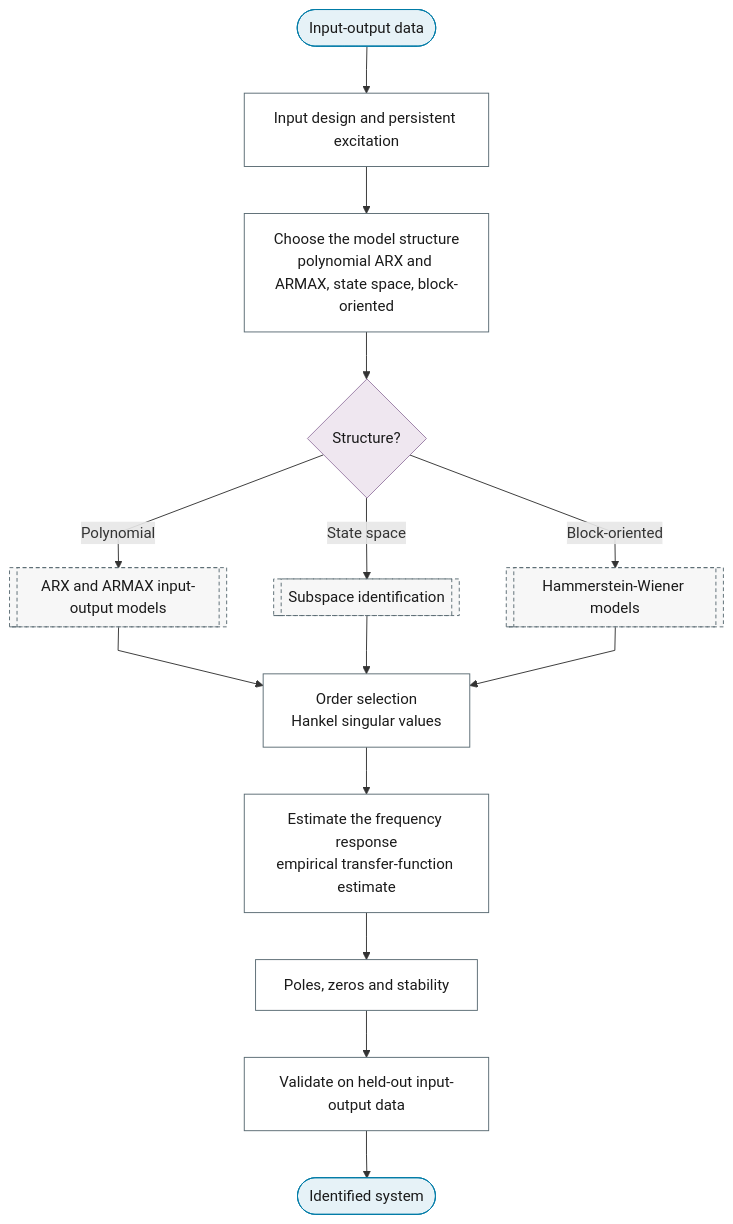
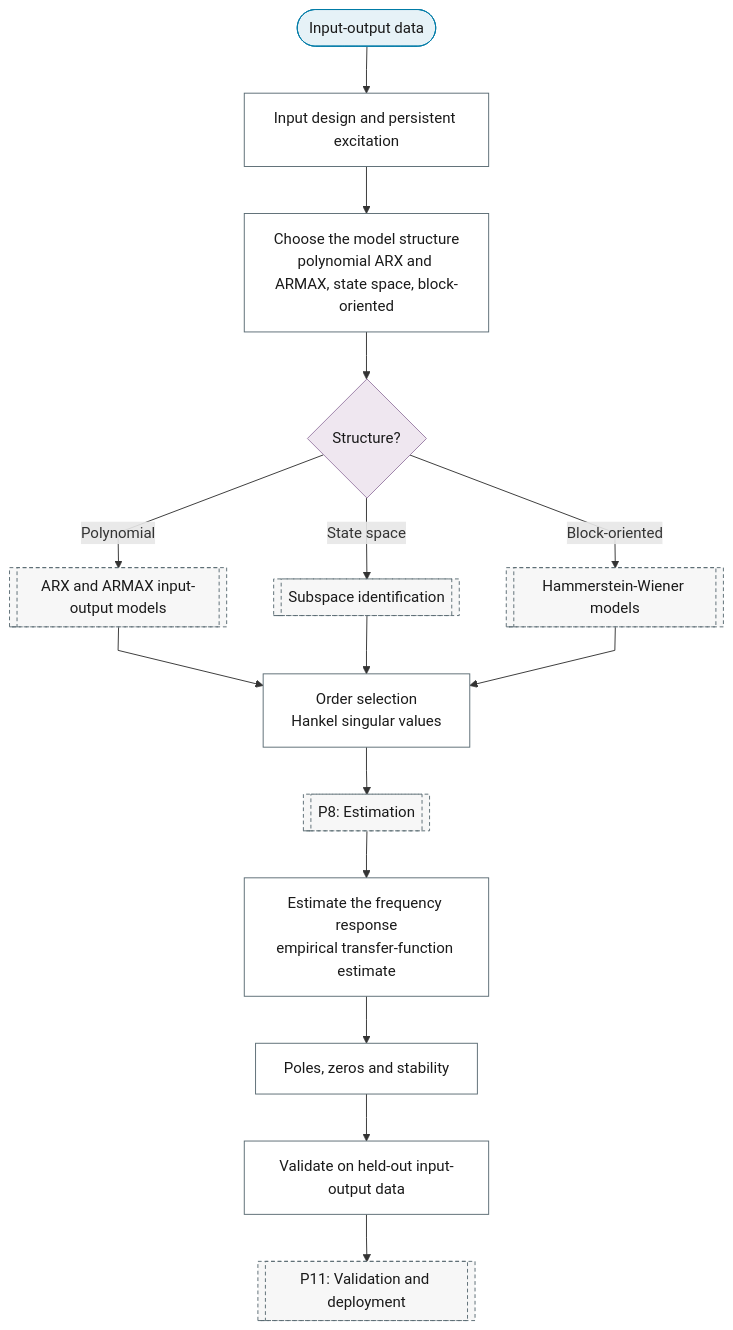
The diagram in docs/01-workflow/p02-purpose/09-system-identification.md (Shuxin-Y/time-series-analysis-manual), drawn with Mermaid before and after one commit. The commit also changed 9 other files, not shown here.

First line of the commit message:
fix(flowchart): purpose charts route through the spine and end at P11

````diff
--- a/docs/01-workflow/p02-purpose/09-system-identification.md
+++ b/docs/01-workflow/p02-purpose/09-system-identification.md
@@ -7,27 +7,28 @@
 ```mermaid
 %%{init: {"flowchart": {"curve": "linear"}}}%%
 graph TD
     P2_SI_IN(["Input-output data"]) --> P2_SI_EXPERIMENT_DESIGN["Input design and persistent excitation"]
     P2_SI_EXPERIMENT_DESIGN --> P2_SI_MODEL_STRUCTURE["Choose the model structure<br/>polynomial ARX and ARMAX, state space, block-oriented"]
     P2_SI_MODEL_STRUCTURE --> P2_SI_STRUCTURE_Q{"Structure?"}
     P2_SI_STRUCTURE_Q -->|"Polynomial"| P6_ARX_ARMAX[["ARX and ARMAX input-output models"]]
     P2_SI_STRUCTURE_Q -->|"State space"| P6_SUBSPACE[["Subspace identification"]]
     P2_SI_STRUCTURE_Q -->|"Block-oriented"| P6_HAMMERSTEIN_WIENER[["Hammerstein-Wiener models"]]
     P6_ARX_ARMAX & P6_SUBSPACE & P6_HAMMERSTEIN_WIENER --> P2_SI_ORDER_SELECTION["Order selection<br/>Hankel singular values"]
-    P2_SI_ORDER_SELECTION --> P2_SI_TRANSFER_FUNCTION["Estimate the frequency response<br/>empirical transfer-function estimate"]
+    P2_SI_ORDER_SELECTION --> P8[["P8: Estimation"]]
+    P8 --> P2_SI_TRANSFER_FUNCTION["Estimate the frequency response<br/>empirical transfer-function estimate"]
     P2_SI_TRANSFER_FUNCTION --> P2_SI_STABILITY["Poles, zeros and stability"]
     P2_SI_STABILITY --> P2_SI_VALIDATION["Validate on held-out input-output data"]
-    P2_SI_VALIDATION --> P2_SI_OUT(["Identified system"])
-    class P2_SI_IN,P2_SI_OUT terminator
+    P2_SI_VALIDATION --> P11[["P11: Validation and deployment"]]
+    class P2_SI_IN terminator
     class P2_SI_STRUCTURE_Q decision
     class P2_SI_EXPERIMENT_DESIGN,P2_SI_MODEL_STRUCTURE,P2_SI_ORDER_SELECTION,P2_SI_TRANSFER_FUNCTION,P2_SI_STABILITY,P2_SI_VALIDATION process
-    class P6_ARX_ARMAX,P6_SUBSPACE,P6_HAMMERSTEIN_WIENER ref
+    class P6_ARX_ARMAX,P6_SUBSPACE,P6_HAMMERSTEIN_WIENER,P8,P11 ref
     classDef terminator fill:#E6F2F7,stroke:#007BA7,color:#1A1A1A;
     classDef process fill:#FFFFFF,stroke:#5A6B73,color:#1A1A1A;
     classDef decision fill:#EFE7F0,stroke:#9B7FA7,color:#1A1A1A;
     classDef data fill:#FFF4E0,stroke:#C9A55E,color:#1A1A1A;
     classDef good fill:#DCEFD8,stroke:#4A7A3F,color:#1A1A1A;
     classDef escalate fill:#FFE9C2,stroke:#C9A55E,color:#1A1A1A;
     classDef problem fill:#F2D9DE,stroke:#800020,color:#1A1A1A;
     classDef ref fill:#F7F7F7,stroke:#5A6B73,color:#1A1A1A,stroke-dasharray:4 3;
 ```
````
